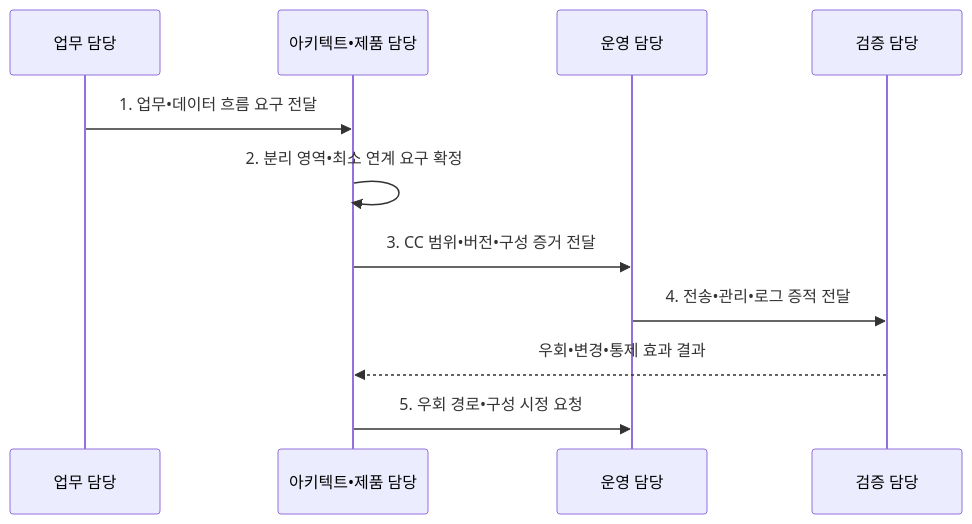
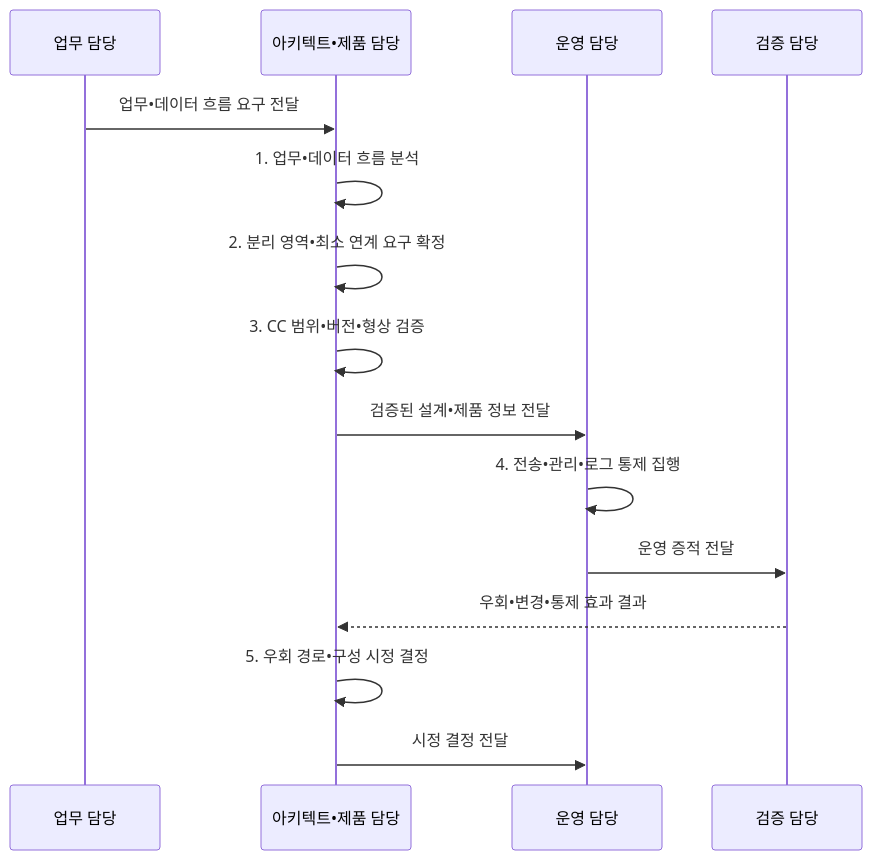
Before and after one commit to agnusdei1207/knowledge-base: the second of 2 diagrams in src/content/docs/notes/05-security/118_network_separation_cc.md, drawn with Mermaid. The commit also changed other lines of this file and 20 other files, not shown here.

````diff
--- a/src/content/docs/notes/05-security/118_network_separation_cc.md
+++ b/src/content/docs/notes/05-security/118_network_separation_cc.md
@@ -99,13 +99,17 @@
 ```mermaid
 sequenceDiagram
   participant B as 업무 담당
   participant A as 아키텍트•제품 담당
   participant O as 운영 담당
   participant V as 검증 담당
-  B->>A: 1. 업무•데이터 흐름 요구 전달
+  B->>A: 업무•데이터 흐름 요구 전달
+  A->>A: 1. 업무•데이터 흐름 분석
   A->>A: 2. 분리 영역•최소 연계 요구 확정
-  A->>O: 3. CC 범위•버전•구성 증거 전달
-  O->>V: 4. 전송•관리•로그 증적 전달
+  A->>A: 3. CC 범위•버전•형상 검증
+  A->>O: 검증된 설계•제품 정보 전달
+  O->>O: 4. 전송•관리•로그 통제 집행
+  O->>V: 운영 증적 전달
   V-->>A: 우회•변경•통제 효과 결과
-  A->>O: 5. 우회 경로•구성 시정 요청
+  A->>A: 5. 우회 경로•구성 시정 결정
+  A->>O: 시정 결정 전달
 ```
````
